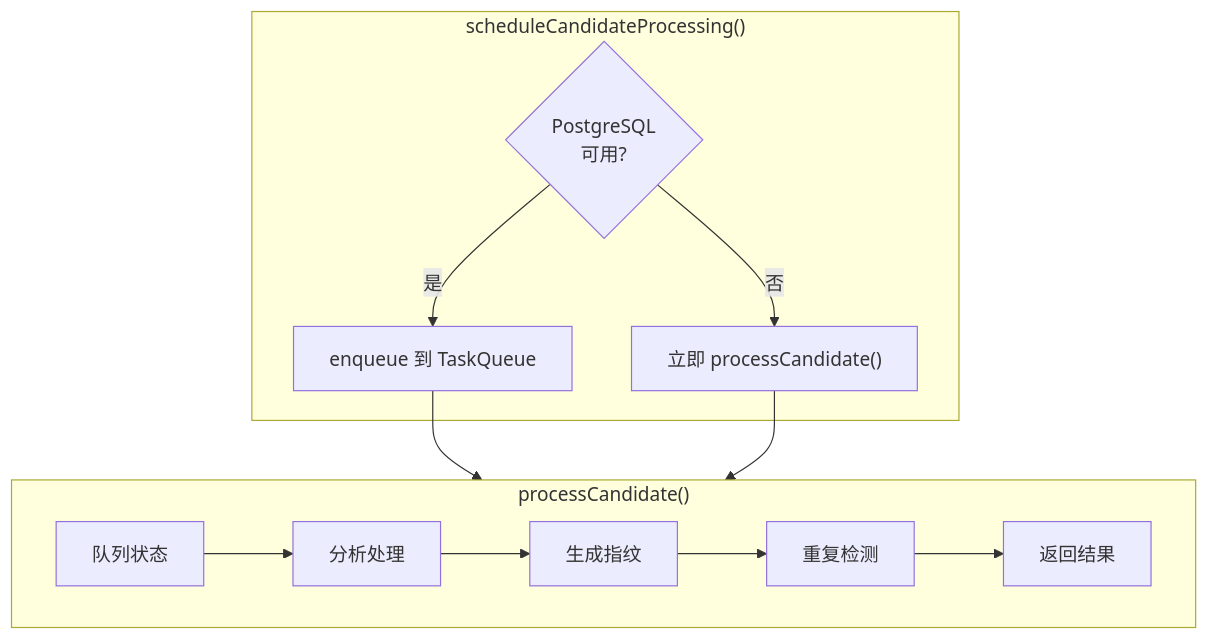
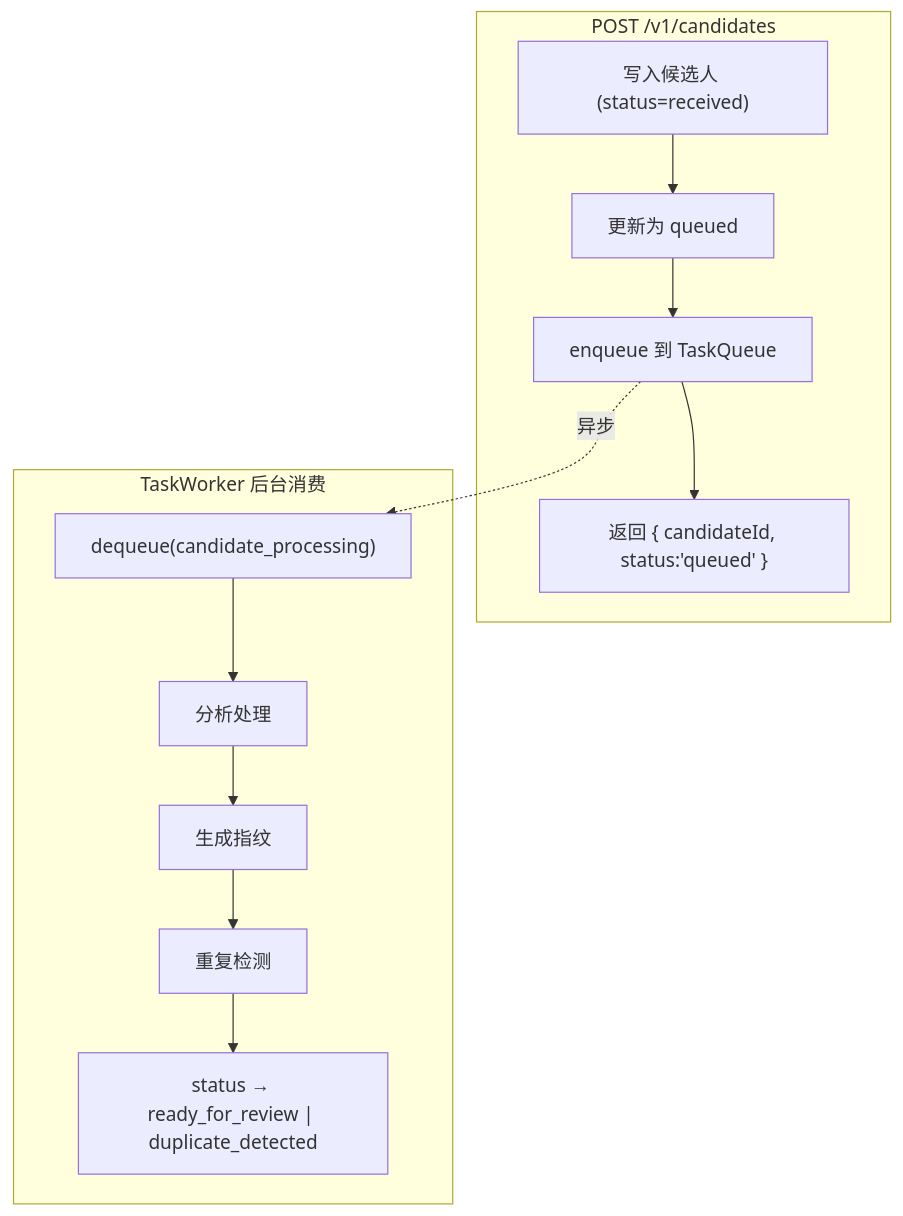
Before and after one commit to pofossette/TrapMap-for-vibing: the third of 6 diagrams in docs/architecture/components/ASYNC_INFRASTRUCTURE.md, drawn with Mermaid. The commit also changed other lines of this file and 12 other files, not shown here.

Commit message:
feat(server): route candidate ingestion through durable pg queue

````diff
--- a/docs/architecture/components/ASYNC_INFRASTRUCTURE.md
+++ b/docs/architecture/components/ASYNC_INFRASTRUCTURE.md
@@ -209,22 +209,20 @@
 ```mermaid
 flowchart TB
-    subgraph scheduleCandidateProcessing["scheduleCandidateProcessing()"]
-        IsPg{"PostgreSQL\n可用?"}
-        PgMode["enqueue 到 TaskQueue"]
-        JsonMode["立即 processCandidate()"]
+    subgraph HTTP["POST /v1/candidates"]
+        Insert["写入候选人 (status=received)"]
+        Queue["更新为 queued"]
+        Enqueue["enqueue 到 TaskQueue"]
+        Return["返回 { candidateId, status:'queued' }"]
     end
 
-    subgraph processCandidate["processCandidate()"]
-        Queue["队列状态"]
+    subgraph Worker["TaskWorker 后台消费"]
+        Dequeue["dequeue(candidate_processing)"]
         Analyze["分析处理"]
         Fingerprint["生成指纹"]
         Duplicate["重复检测"]
-        Result["返回结果"]
+        Result["status → ready_for_review | duplicate_detected"]
     end
 
-    IsPg -->|是| PgMode
-    IsPg -->|否| JsonMode
-    PgMode --> processCandidate
-    JsonMode --> processCandidate
-    Queue --> Analyze --> Fingerprint --> Duplicate --> Result
+    Insert --> Queue --> Enqueue --> Return
+    Enqueue -.->|异步| Dequeue --> Analyze --> Fingerprint --> Duplicate --> Result
 ```
````
